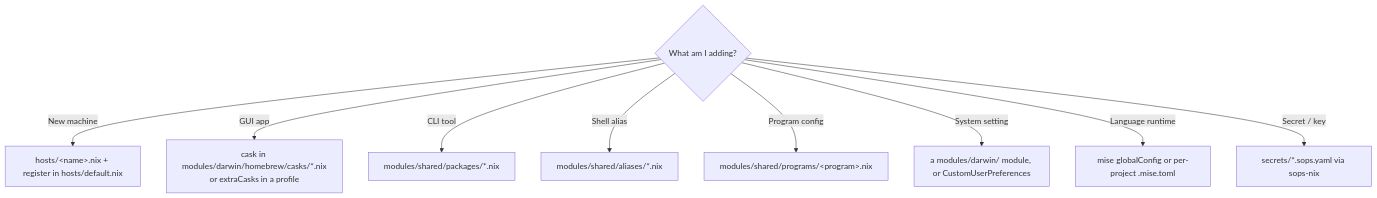
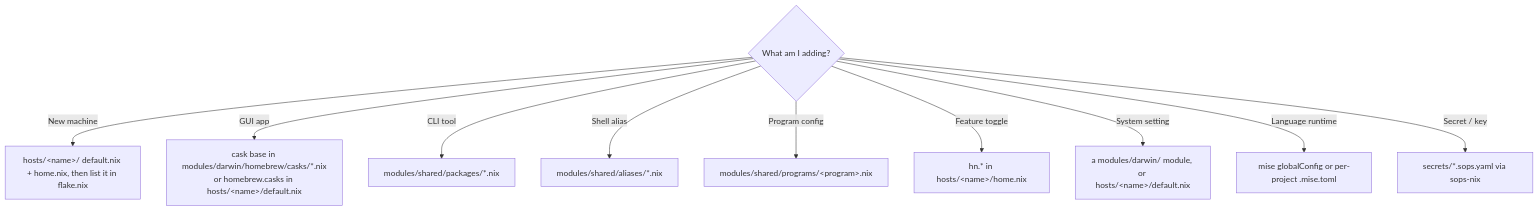
The second of 2 diagrams in README.md (hahunavth/nix-config), drawn with Mermaid before and after one commit. The commit also changed other lines of this file and 45 other files, not shown here.

````diff
--- a/README.md
+++ b/README.md
@@ -31,12 +27,13 @@
 ```mermaid
 flowchart TD
   Q{What am I adding?}
-  Q -->|New machine| M[hosts/&lt;name&gt;.nix + register in hosts/default.nix]
-  Q -->|GUI app| G[cask in modules/darwin/homebrew/casks/*.nix<br/>or extraCasks in a profile]
+  Q -->|New machine| M[hosts/&lt;name&gt;/ default.nix + home.nix, then list it in flake.nix]
+  Q -->|GUI app| G[cask base in modules/darwin/homebrew/casks/*.nix<br/>or homebrew.casks in hosts/&lt;name&gt;/default.nix]
   Q -->|CLI tool| C[modules/shared/packages/*.nix]
   Q -->|Shell alias| A[modules/shared/aliases/*.nix]
   Q -->|Program config| P[modules/shared/programs/&lt;program&gt;.nix]
-  Q -->|System setting| S[a modules/darwin/ module, or CustomUserPreferences]
+  Q -->|Feature toggle| FT[hn.* in hosts/&lt;name&gt;/home.nix]
+  Q -->|System setting| S[a modules/darwin/ module, or hosts/&lt;name&gt;/default.nix]
   Q -->|Language runtime| R[mise globalConfig or per-project .mise.toml]
   Q -->|Secret / key| K[secrets/*.sops.yaml via sops-nix]
 ```
````
